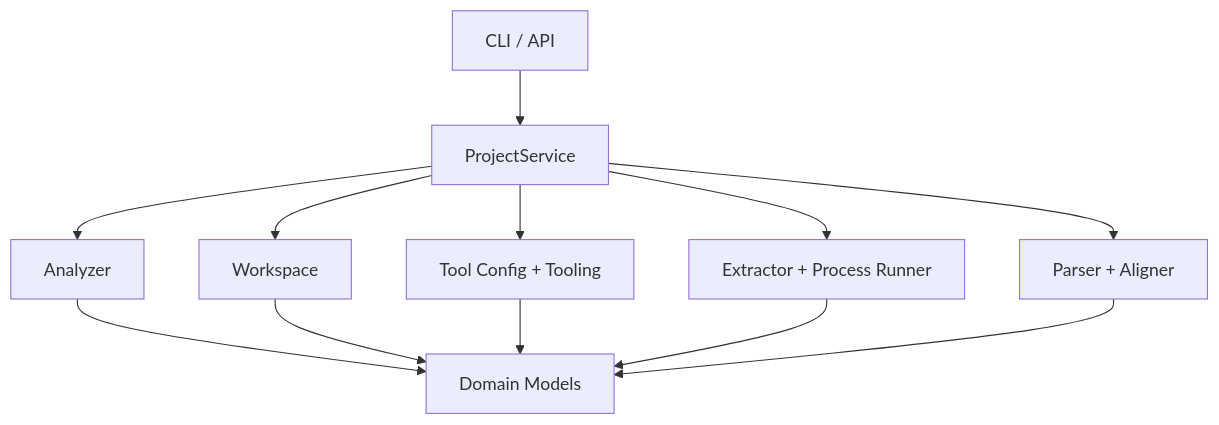
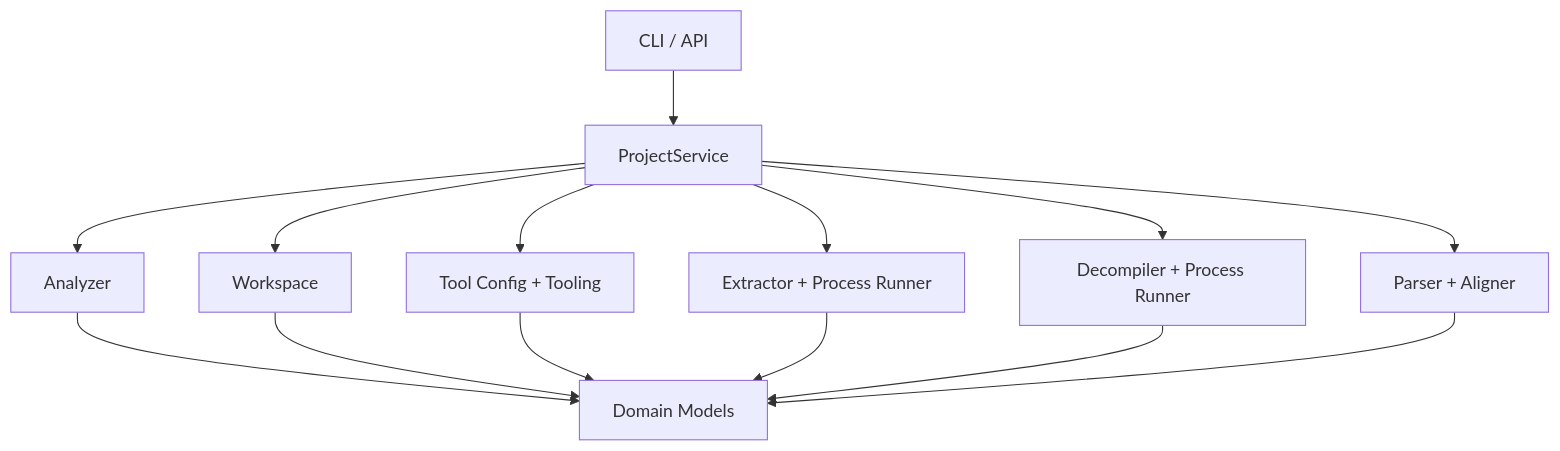
The diagram in docs/structure-and-runtime.zh-CN.md (Palind-Rome/DuolinGal), drawn with Mermaid before and after one commit. The commit also changed other lines of this file and 2 other files, not shown here.

````diff
--- a/docs/structure-and-runtime.zh-CN.md
+++ b/docs/structure-and-runtime.zh-CN.md
@@ -108,14 +111,16 @@
 ```mermaid
 flowchart TD
   A["CLI / API"] --> B["ProjectService"]
   B --> C["Analyzer"]
   B --> D["Workspace"]
   B --> E["Tool Config + Tooling"]
   B --> F["Extractor + Process Runner"]
-  B --> G["Parser + Aligner"]
-  C --> H["Domain Models"]
-  D --> H
-  E --> H
-  F --> H
-  G --> H
+  B --> G["Decompiler + Process Runner"]
+  B --> H["Parser + Aligner"]
+  C --> I["Domain Models"]
+  D --> I
+  E --> I
+  F --> I
+  G --> I
+  H --> I
 ```
````
